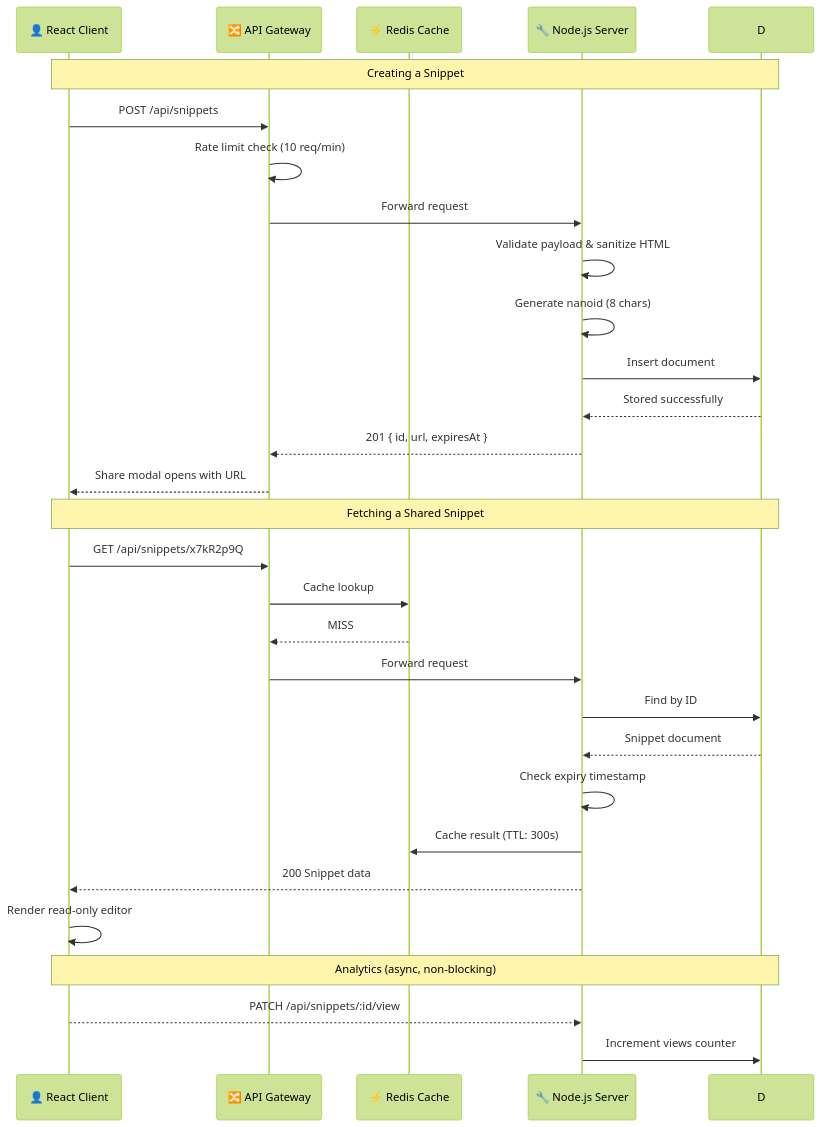
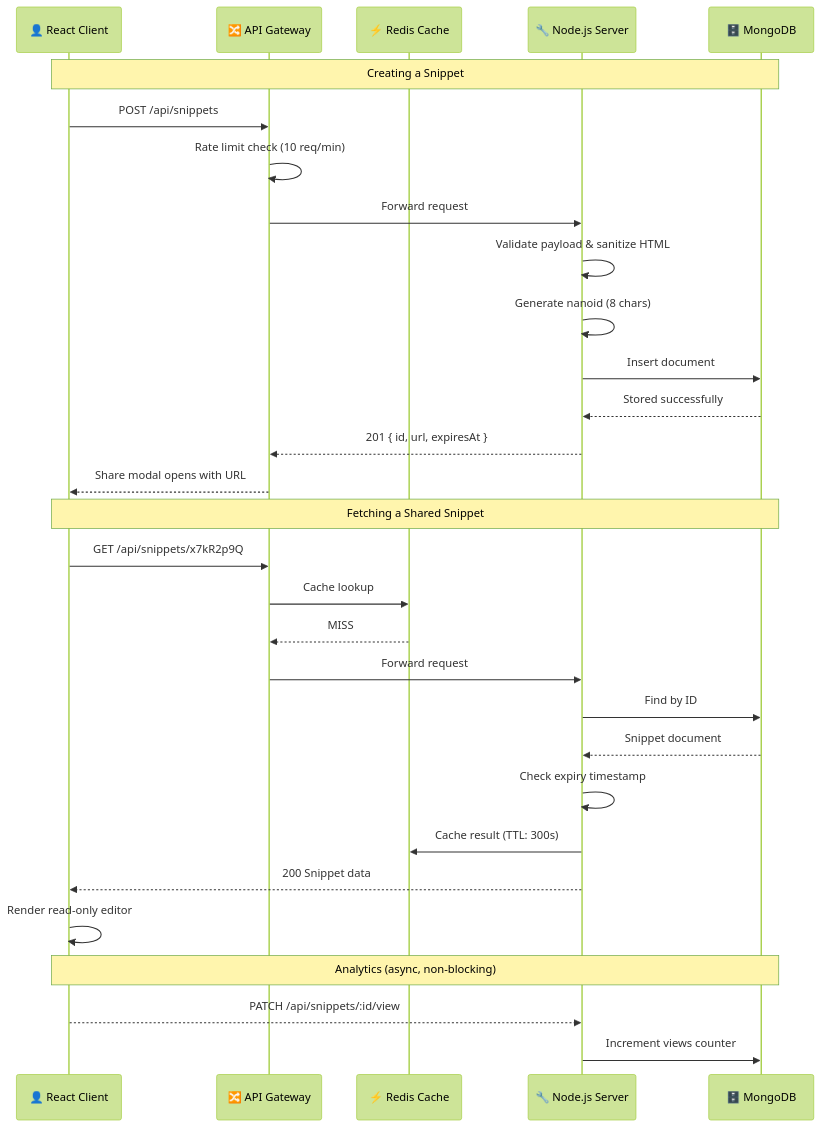
The fourth of 9 diagrams in README.md (Akshatsrii/Code-Sharing-), drawn with Mermaid (forest theme) before and after one commit. The commit also changed other lines of this file, not shown here.

First line of the commit message:
Update README with Technical Writers section and MongoDB

````diff
--- a/README.md
+++ b/README.md
@@ -466,38 +467,38 @@
 ```mermaid
 sequenceDiagram
     participant U as 👤 React Client
     participant G as 🔀 API Gateway
     participant C as ⚡ Redis Cache
     participant S as 🔧 Node.js Server
-  
+    participant D as 🗄️ MongoDB
 
     Note over U,D: Creating a Snippet
 
     U->>G: POST /api/snippets
     G->>G: Rate limit check (10 req/min)
     G->>S: Forward request
     S->>S: Validate payload & sanitize HTML
     S->>S: Generate nanoid (8 chars)
     S->>D: Insert document
     D-->>S: Stored successfully
     S-->>G: 201 { id, url, expiresAt }
     G-->>U: Share modal opens with URL
 
     Note over U,D: Fetching a Shared Snippet
 
     U->>G: GET /api/snippets/x7kR2p9Q
     G->>C: Cache lookup
     C-->>G: MISS
     G->>S: Forward request
     S->>D: Find by ID
     D-->>S: Snippet document
     S->>S: Check expiry timestamp
     S->>C: Cache result (TTL: 300s)
     S-->>U: 200 Snippet data
     U->>U: Render read-only editor
 
     Note over U,D: Analytics (async, non-blocking)
 
     U-->>S: PATCH /api/snippets/:id/view
     S->>D: Increment views counter
 ```
````
